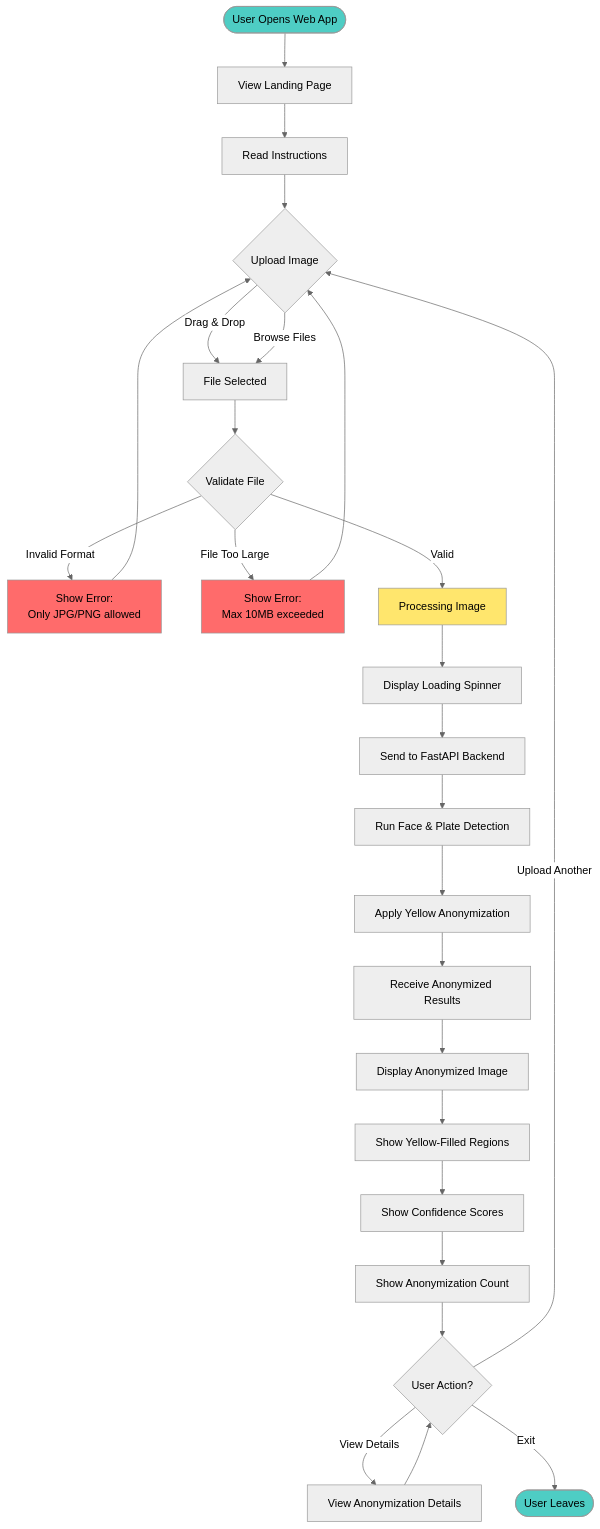
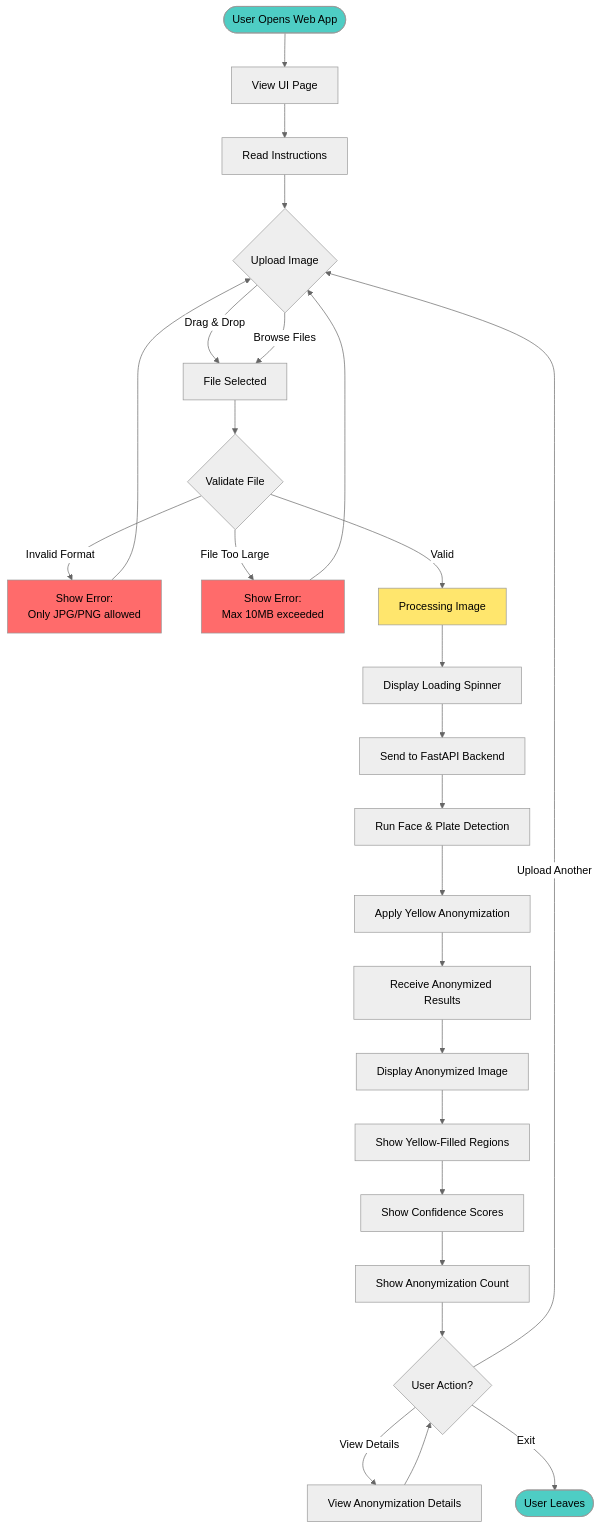
One commit to FidFenix/htw-emerging-photo changed the first of 4 diagrams in docs/PROCESSES.md. Above: the diagram before and after it, drawn with Mermaid (neutral theme). The commit also changed other lines of this file and 5 other files, not shown here.

````diff
--- a/docs/PROCESSES.md
+++ b/docs/PROCESSES.md
@@ -39,43 +39,43 @@
 ```mermaid
 flowchart TD
-    Start([User Opens Web App]) --> Landing[View Landing Page]
+    Start([User Opens Web App]) --> Landing[View UI Page]
     Landing --> Instructions[Read Instructions]
     Instructions --> Upload{Upload Image}
     
     Upload -->|Drag & Drop| FileSelected[File Selected]
     Upload -->|Browse Files| FileSelected
     
     FileSelected --> Validate{Validate File}
     
     Validate -->|Invalid Format| ErrorFormat[Show Error:<br/>Only JPG/PNG allowed]
     Validate -->|File Too Large| ErrorSize[Show Error:<br/>Max 10MB exceeded]
     Validate -->|Valid| Processing[Processing Image]
     
     ErrorFormat --> Upload
     ErrorSize --> Upload
     
     Processing --> Spinner[Display Loading Spinner]
     Spinner --> APICall[Send to FastAPI Backend]
     APICall --> Detection[Run Face & Plate Detection]
     Detection --> Anonymization[Apply Yellow Anonymization]
     Anonymization --> Results[Receive Anonymized Results]
     
     Results --> Display[Display Anonymized Image]
     Display --> ShowYellowFill[Show Yellow-Filled Regions]
     ShowYellowFill --> ShowScores[Show Confidence Scores]
     ShowScores --> ShowCount[Show Anonymization Count]
     
     ShowCount --> UserAction{User Action?}
     
     UserAction -->|Upload Another| Upload
     UserAction -->|View Details| Details[View Anonymization Details]
     UserAction -->|Exit| End([User Leaves])
     
     Details --> UserAction
     
     style Start fill:#4ecdc4
     style End fill:#4ecdc4
     style Processing fill:#ffe66d
     style ErrorFormat fill:#ff6b6b
     style ErrorSize fill:#ff6b6b
 ```
````
